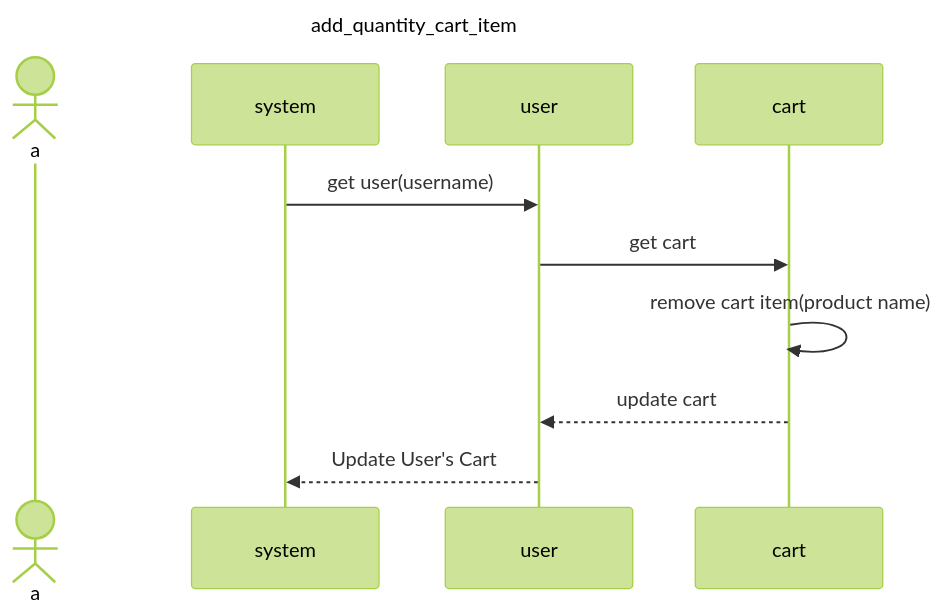
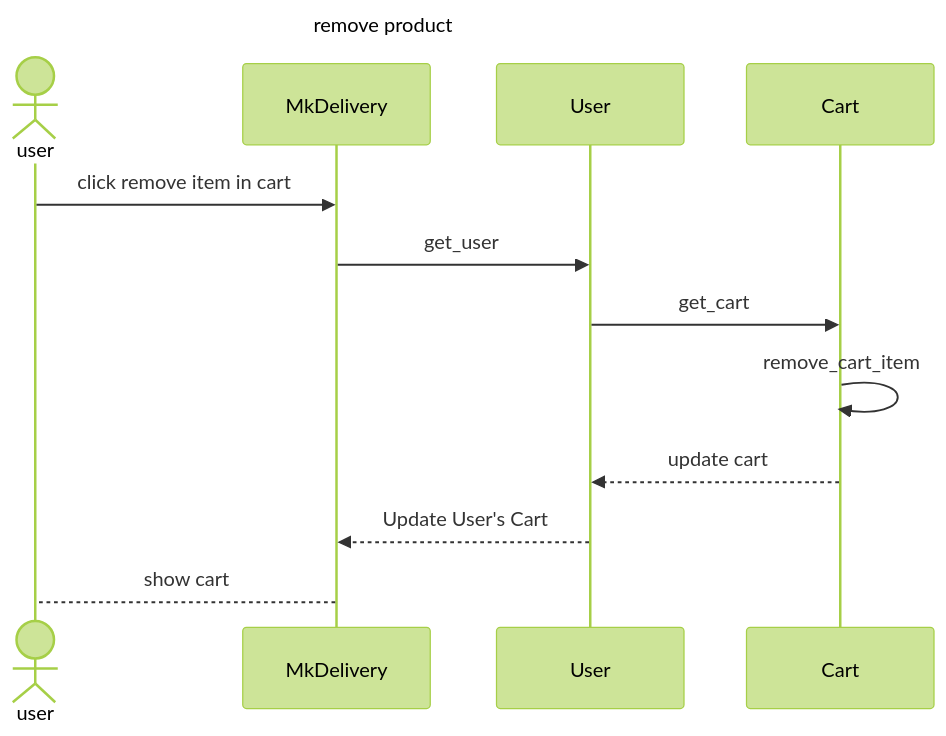
The diagram in sequence_diag/cart/remove_cart_item.mmd (MxMhx/OOP_Project_MK_website), drawn with Mermaid (forest theme) before and after one commit. The commit also changed other lines of this file and 3 other files, not shown here.

```diff
--- a/sequence_diag/cart/remove_cart_item.mmd
+++ b/sequence_diag/cart/remove_cart_item.mmd
@@ -1,11 +1,13 @@
 sequenceDiagram
-    title add_quantity_cart_item
-    actor a 
-    participant system
-    participant user
-    participant cart 
-    system ->> user :get user(username) 
-    user ->> cart : get cart 
-    cart ->> cart : remove cart item(product name)
-    cart -->> user :update cart 
-    user -->> system: Update User's Cart
+    title remove product
+    actor user 
+    participant MkDelivery
+    participant User
+    participant Cart 
+    user ->> MkDelivery:click remove item in cart
+    MkDelivery ->> User :get_user
+    User ->> Cart : get_cart 
+    Cart ->> Cart : remove_cart_item
+    Cart -->> User :update cart 
+    User -->> MkDelivery: Update User's Cart
+    MkDelivery --> user: show cart
```
